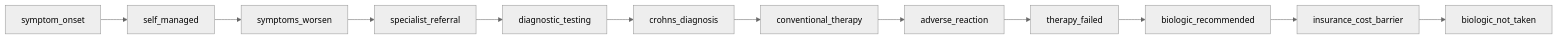
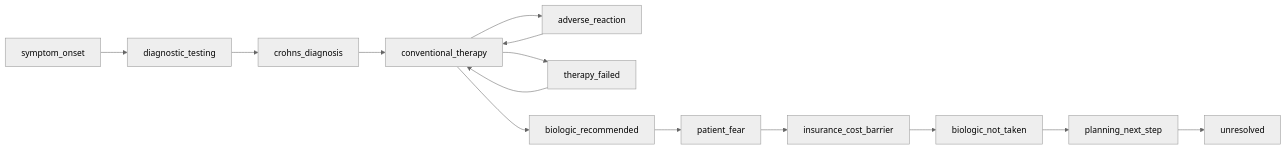
Diagram 18 of 50 in docs/referral_pathways.md (carecodeconnect/crohnicity), drawn with Mermaid before and after one commit. The commit also changed other lines of this file and 136 other files, not shown here.

````diff
--- a/docs/referral_pathways.md
+++ b/docs/referral_pathways.md
@@ -603,27 +660,29 @@
 ``` mermaid
 %%{init: {'theme':'neutral'}}%%
 flowchart LR
     n0["symptom_onset"]
-    n1["self_managed"]
-    n2["symptoms_worsen"]
-    n3["specialist_referral"]
-    n4["diagnostic_testing"]
-    n5["crohns_diagnosis"]
-    n6["conventional_therapy"]
-    n7["adverse_reaction"]
-    n8["therapy_failed"]
-    n9["biologic_recommended"]
-    n10["insurance_cost_barrier"]
-    n11["biologic_not_taken"]
+    n1["diagnostic_testing"]
+    n2["crohns_diagnosis"]
+    n3["conventional_therapy"]
+    n4["adverse_reaction"]
+    n5["therapy_failed"]
+    n6["biologic_recommended"]
+    n7["patient_fear"]
+    n8["insurance_cost_barrier"]
+    n9["biologic_not_taken"]
+    n10["planning_next_step"]
+    n11["unresolved"]
     n0 -->n1
     n1 -->n2
     n2 -->n3
     n3 -->n4
-    n4 -->n5
-    n5 -->n6
+    n4 -->n3
+    n3 -->n5
+    n5 -->n3
+    n3 -->n6
     n6 -->n7
     n7 -->n8
     n8 -->n9
     n9 -->n10
     n10 -->n11
 ```
````
